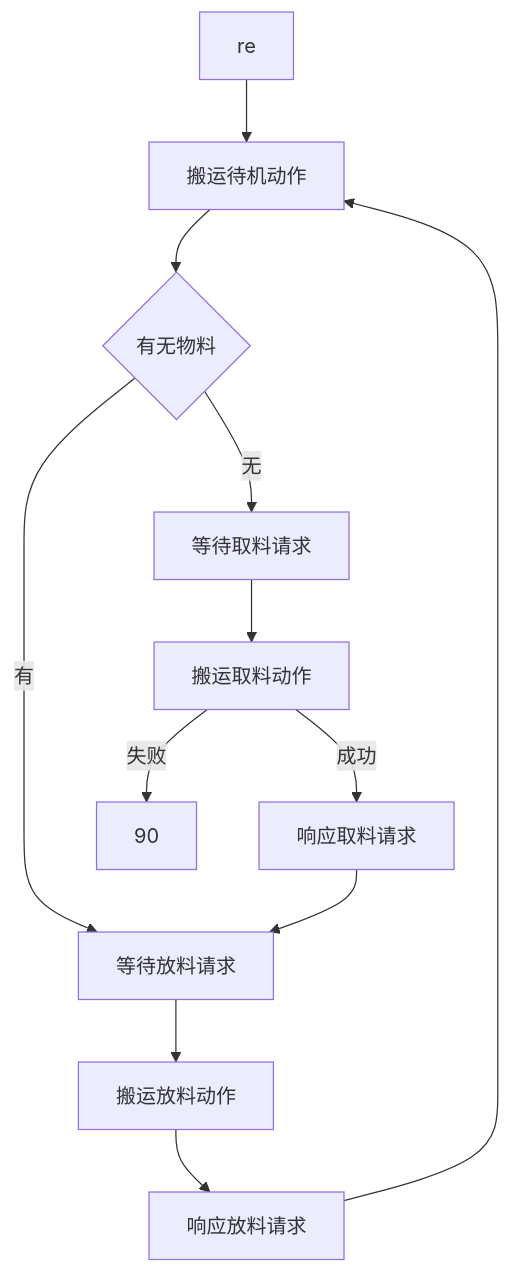
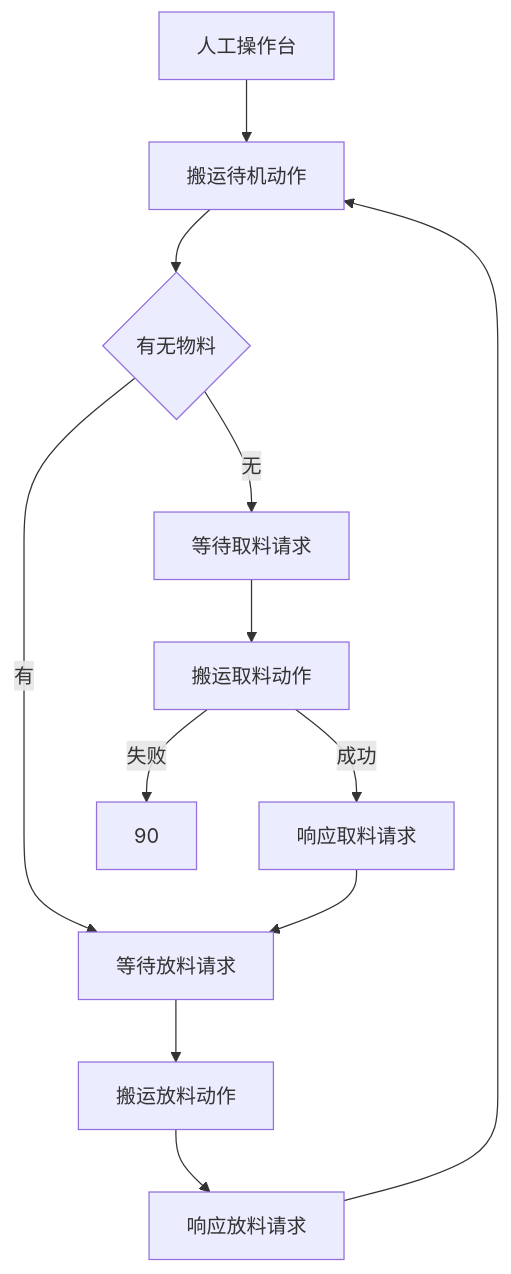
The diagram in all/未命名-4.md (PengKun1/iodraw-files), drawn with Mermaid before and after one commit.

Commit message:
2024-12-20 14:42:46 update

````diff
--- a/all/未命名-4.md
+++ b/all/未命名-4.md
@@ -1,14 +1,14 @@
 ```mermaid
 graph TD
-0[re]-->10
+0[人工操作台]-->10
 10[搬运待机动作]-->20
 20{有无物料}-->|无|30
 20-->|有|60
 30[等待取料请求]-->40
 40[搬运取料动作]-->|成功|50
 40-->|失败|90
 50[响应取料请求]-->60
 60[等待放料请求]-->70
 70[搬运放料动作]-->80
 80[响应放料请求]-->10
 ```
````
